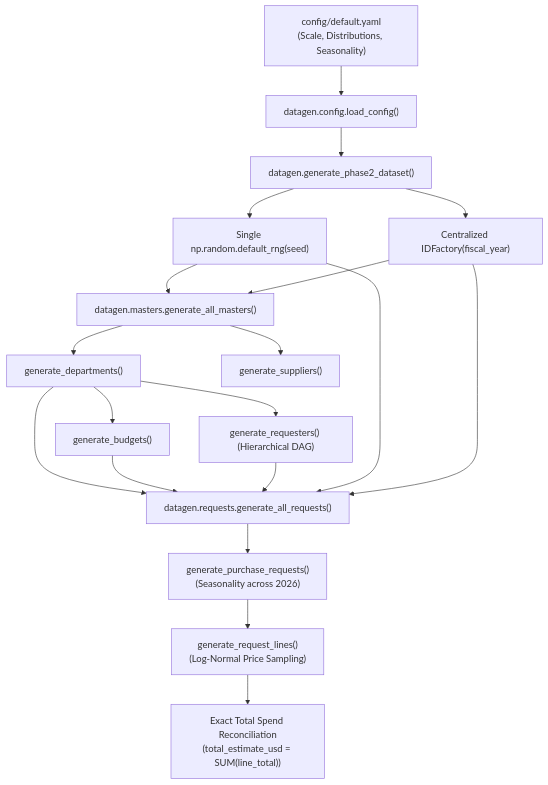
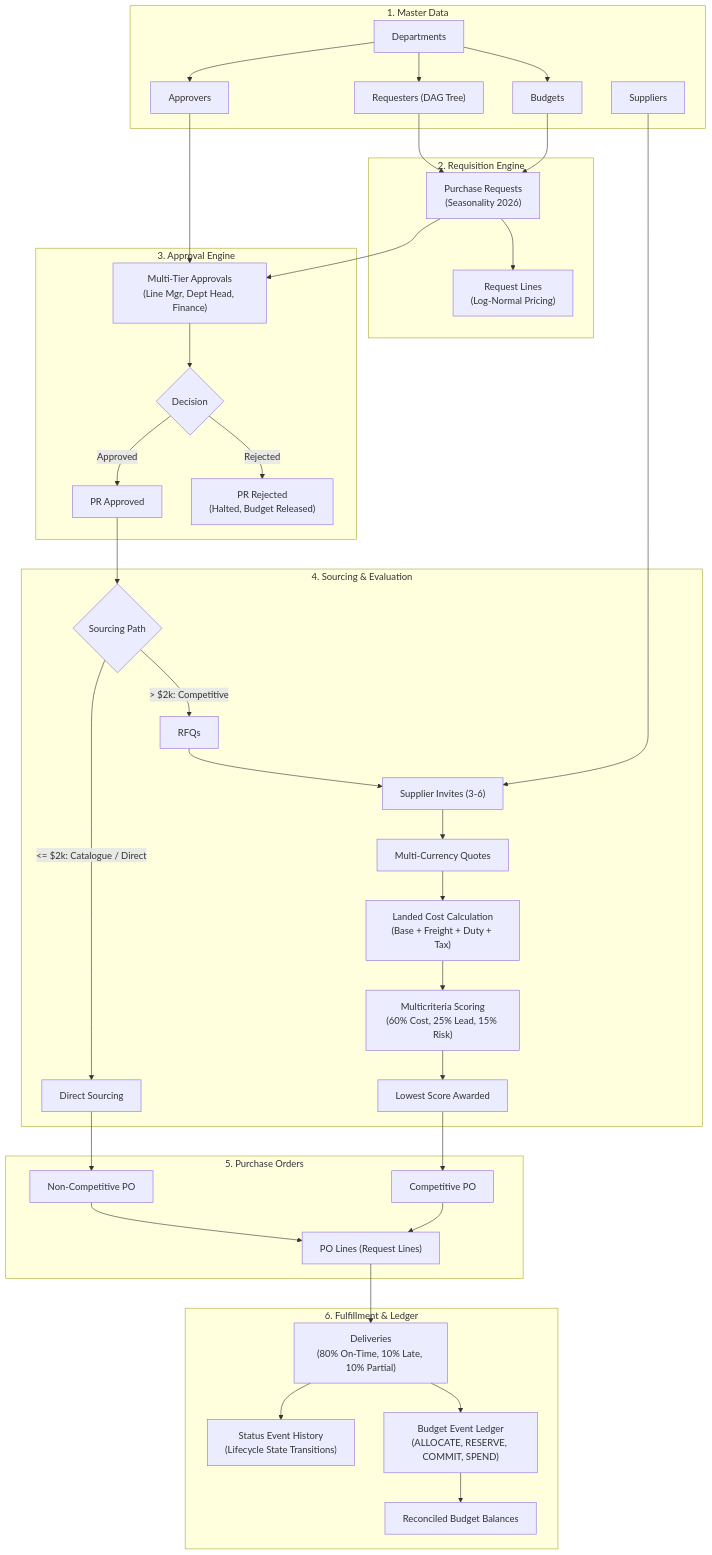
Before and after one commit to Ts5338236/Yotta-AI: the diagram in docs/architecture.md, drawn with Mermaid. The commit also changed other lines of this file and 23 other files, not shown here.

````diff
--- a/docs/architecture.md
+++ b/docs/architecture.md
@@ -83,26 +100,50 @@
 ```mermaid
 flowchart TD
-    Config["config/default.yaml\n(Scale, Distributions, Seasonality)"] --> ConfigLoader["datagen.config.load_config()"]
-    ConfigLoader --> Entry["datagen.generate_phase2_dataset()"]
-    
-    Entry --> RNG["Single np.random.default_rng(seed)"]
-    Entry --> IDFact["Centralized IDFactory(fiscal_year)"]
-    
-    RNG --> GenMasters["datagen.masters.generate_all_masters()"]
-    IDFact --> GenMasters
-    
-    GenMasters --> Depts["generate_departments()"]
-    Depts --> Budgets["generate_budgets()"]
-    Depts --> Reqs["generate_requesters() (Hierarchical DAG)"]
-    GenMasters --> Sups["generate_suppliers()"]
-    
-    Depts --> GenReqs["datagen.requests.generate_all_requests()"]
-    Budgets --> GenReqs
-    Reqs --> GenReqs
-    RNG --> GenReqs
-    IDFact --> GenReqs
-    
-    GenReqs --> PRs["generate_purchase_requests()\n(Seasonality across 2026)"]
-    PRs --> Lines["generate_request_lines()\n(Log-Normal Price Sampling)"]
-    Lines --> Derive["Exact Total Spend Reconciliation\n(total_estimate_usd = SUM(line_total))"]
+    subgraph MasterData["1. Master Data"]
+        Depts["Departments"] --> Budgets["Budgets"]
+        Depts --> Reqs["Requesters (DAG Tree)"]
+        Depts --> Approvers["Approvers"]
+        Sups["Suppliers"]
+    end
+
+    subgraph Requisition["2. Requisition Engine"]
+        Reqs --> PRs["Purchase Requests\n(Seasonality 2026)"]
+        Budgets --> PRs
+        PRs --> Lines["Request Lines\n(Log-Normal Pricing)"]
+    end
+
+    subgraph ApprovalEngine["3. Approval Engine"]
+        PRs --> Apps["Multi-Tier Approvals\n(Line Mgr, Dept Head, Finance)"]
+        Approvers --> Apps
+        Apps --> Decision{"Decision"}
+        Decision -- Rejected --> PR_Rej["PR Rejected\n(Halted, Budget Released)"]
+        Decision -- Approved --> PR_App["PR Approved"]
+    end
+
+    subgraph Sourcing["4. Sourcing & Evaluation"]
+        PR_App --> Classify{"Sourcing Path"}
+        Classify -- "> $2k: Competitive" --> RFQs["RFQs"]
+        Classify -- "<= $2k: Catalogue / Direct" --> DirectPO["Direct Sourcing"]
+        
+        RFQs --> Invites["Supplier Invites (3-6)"]
+        Sups --> Invites
+        Invites --> Quotes["Multi-Currency Quotes"]
+        Quotes --> LandedCost["Landed Cost Calculation\n(Base + Freight + Duty + Tax)"]
+        LandedCost --> Scoring["Multicriteria Scoring\n(60% Cost, 25% Lead, 15% Risk)"]
+        Scoring --> Award["Lowest Score Awarded"]
+    end
+
+    subgraph Purchasing["5. Purchase Orders"]
+        Award --> CompPO["Competitive PO"]
+        DirectPO --> NonCompPO["Non-Competitive PO"]
+        CompPO --> POLines["PO Lines (Quote Lines)"]
+        NonCompPO --> POLines["PO Lines (Request Lines)"]
+    end
+
+    subgraph Fulfillment["6. Fulfillment & Ledger"]
+        POLines --> Shipments["Deliveries\n(80% On-Time, 10% Late, 10% Partial)"]
+        Shipments --> Ledger["Budget Event Ledger\n(ALLOCATE, RESERVE, COMMIT, SPEND)"]
+        Ledger --> Reconcile["Reconciled Budget Balances"]
+        Shipments --> Audit["Status Event History\n(Lifecycle State Transitions)"]
+    end
 ```
````
